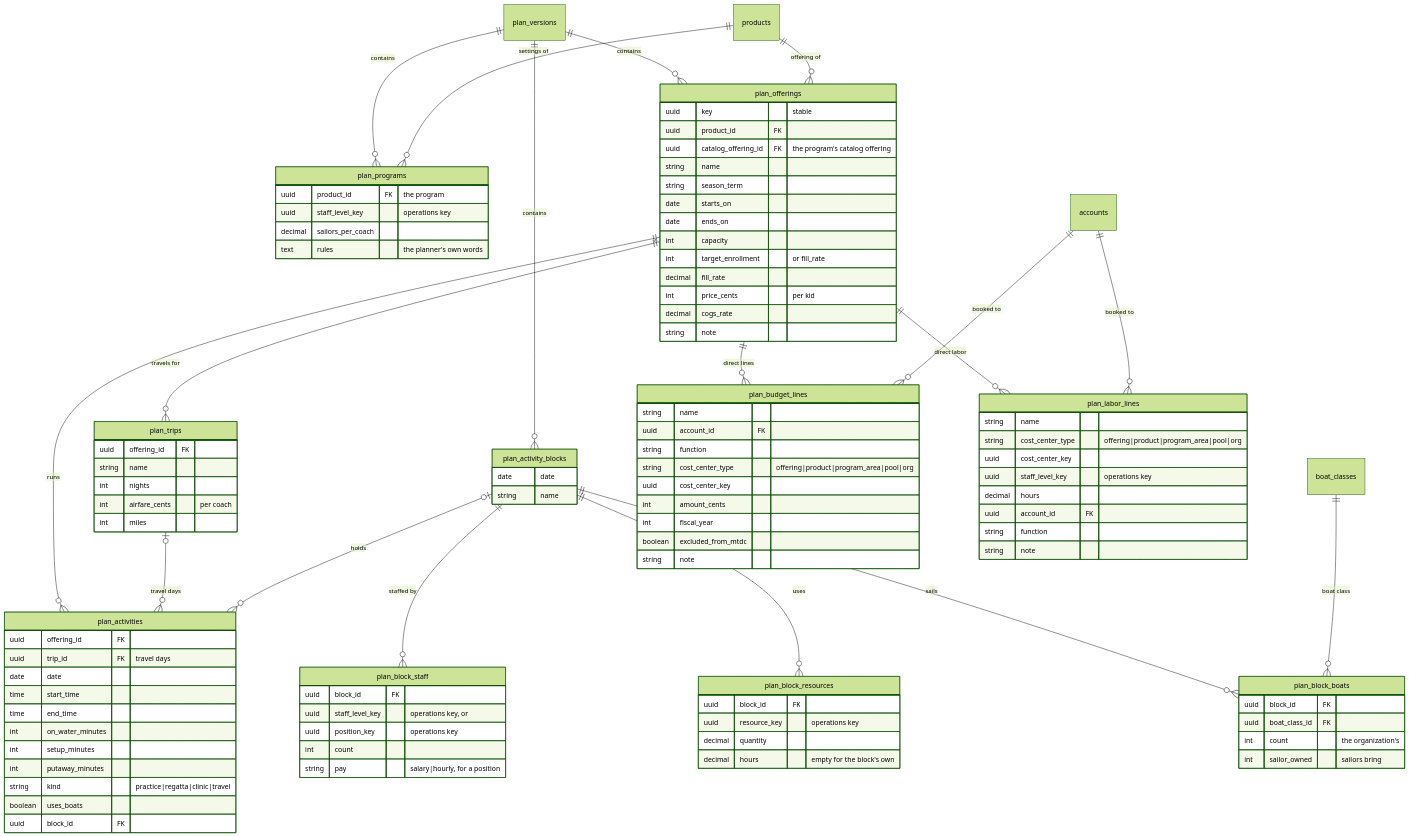
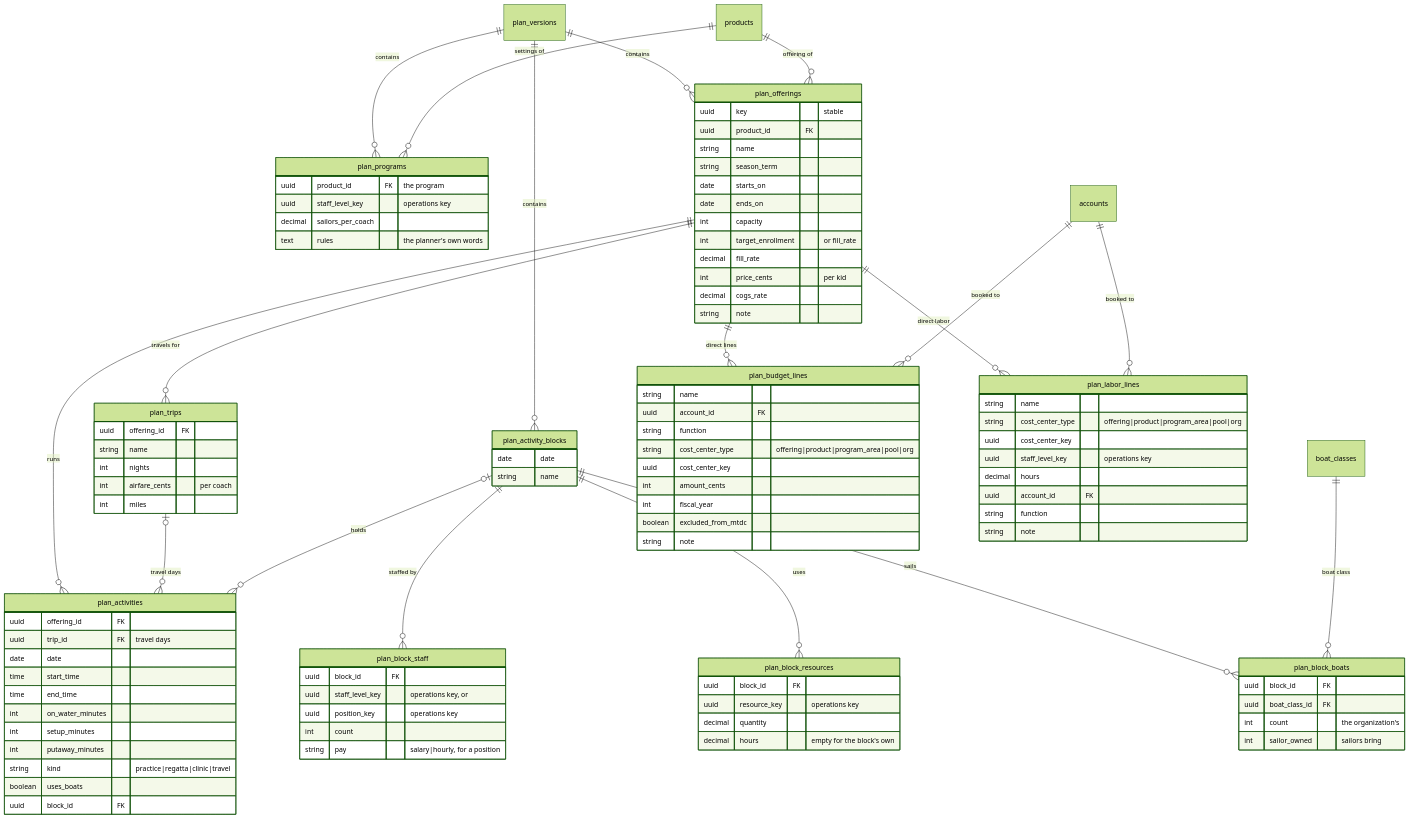
The fourth of 7 diagrams in docs/planning-schema.md (cyc-seattle/platform), drawn with Mermaid (forest theme) before and after one commit. The commit also changed other lines of this file and 14 other files, not shown here.

```diff
--- a/docs/planning-schema.md
+++ b/docs/planning-schema.md
@@ -281,7 +280,6 @@
     plan_offerings {
         uuid key "stable"
         uuid product_id FK
-        uuid catalog_offering_id FK "the program's catalog offering"
         string name
         string season_term
         date starts_on
```
